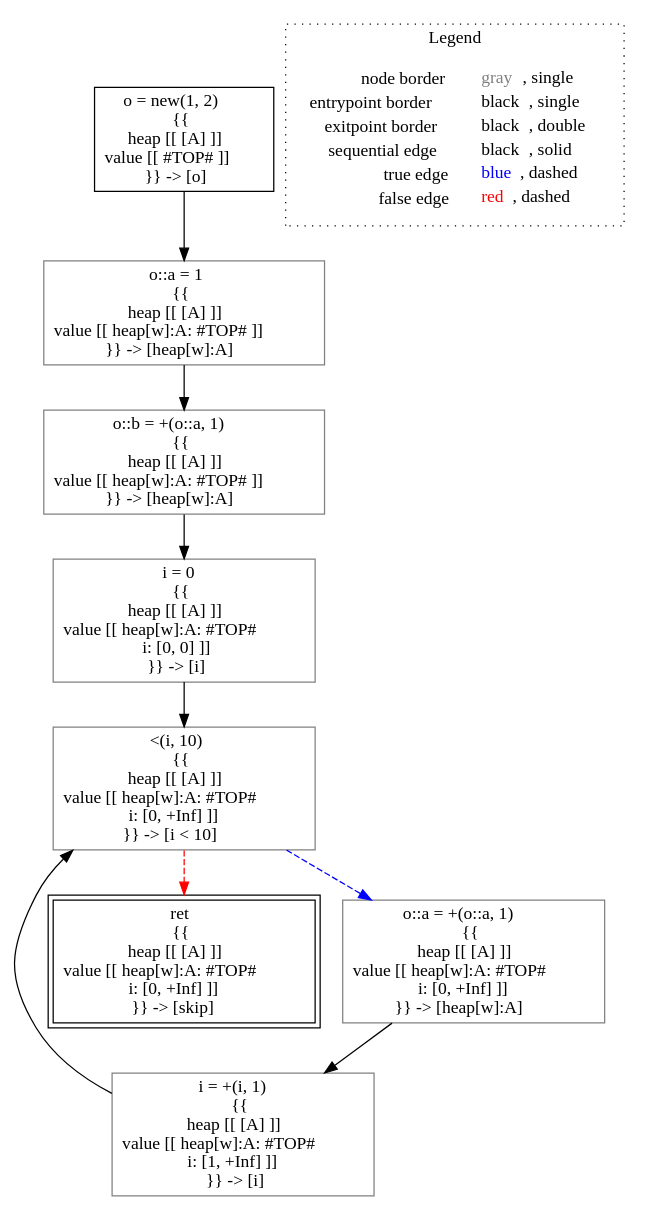
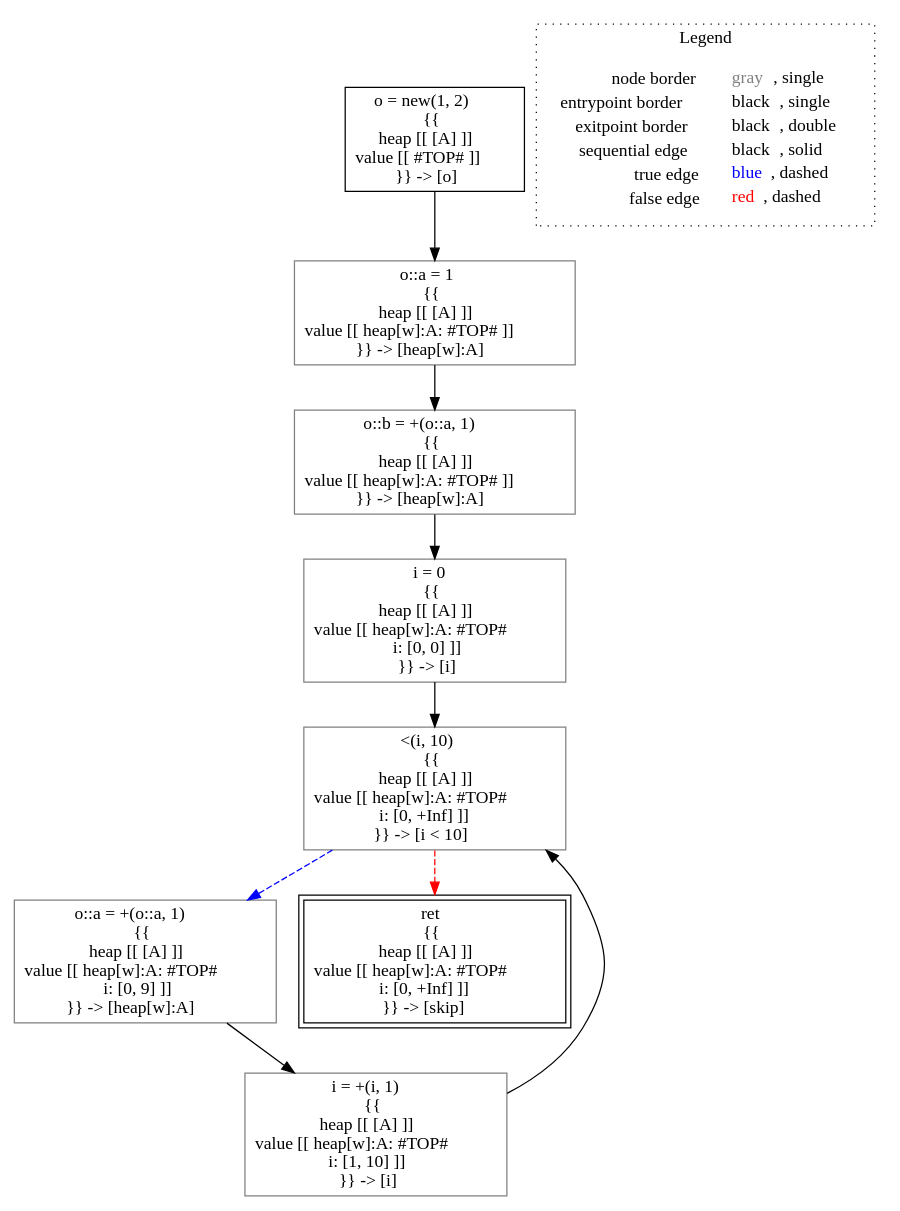
One commit to lisa-analyzer/lisa changed the diagram in lisa/imp-testcases/heap/type-based-heap/analysis___untyped_A.f2(A_this).dot. Above: the diagram before and after it, drawn with Graphviz. The commit also changed 5 other files, not shown here.

```diff
--- a/lisa/imp-testcases/heap/type-based-heap/analysis___untyped_A.f2(A_this).dot
+++ b/lisa/imp-testcases/heap/type-based-heap/analysis___untyped_A.f2(A_this).dot
@@ -1,25 +1,25 @@
 digraph {
 	"node0" [shape="rect",color="black",label=<o = new(1, 2)<BR/>{{<BR/>heap [[ [A] ]]<BR/>value [[ #TOP# ]]<BR/>}} -&gt; [o]>];
-	"node1" [shape="rect",color="gray",label=<i = +(i, 1)<BR/>{{<BR/>heap [[ [A] ]]<BR/>value [[ heap[w]:A: #TOP#<BR/>i: [1, +Inf] ]]<BR/>}} -&gt; [i]>];
+	"node1" [shape="rect",color="gray",label=<o::a = +(o::a, 1)<BR/>{{<BR/>heap [[ [A] ]]<BR/>value [[ heap[w]:A: #TOP#<BR/>i: [0, 9] ]]<BR/>}} -&gt; [heap[w]:A]>];
 	"node2" [shape="rect",color="gray",label=<o::a = 1<BR/>{{<BR/>heap [[ [A] ]]<BR/>value [[ heap[w]:A: #TOP# ]]<BR/>}} -&gt; [heap[w]:A]>];
-	"node3" [shape="rect",color="gray",label=<o::b = +(o::a, 1)<BR/>{{<BR/>heap [[ [A] ]]<BR/>value [[ heap[w]:A: #TOP# ]]<BR/>}} -&gt; [heap[w]:A]>];
-	"node4" [shape="rect",color="gray",label=<i = 0<BR/>{{<BR/>heap [[ [A] ]]<BR/>value [[ heap[w]:A: #TOP#<BR/>i: [0, 0] ]]<BR/>}} -&gt; [i]>];
-	"node5" [shape="rect",color="black",peripheries="2",label=<ret<BR/>{{<BR/>heap [[ [A] ]]<BR/>value [[ heap[w]:A: #TOP#<BR/>i: [0, +Inf] ]]<BR/>}} -&gt; [skip]>];
-	"node6" [shape="rect",color="gray",label=<&lt;(i, 10)<BR/>{{<BR/>heap [[ [A] ]]<BR/>value [[ heap[w]:A: #TOP#<BR/>i: [0, +Inf] ]]<BR/>}} -&gt; [i &lt; 10]>];
-	"node7" [shape="rect",color="gray",label=<o::a = +(o::a, 1)<BR/>{{<BR/>heap [[ [A] ]]<BR/>value [[ heap[w]:A: #TOP#<BR/>i: [0, +Inf] ]]<BR/>}} -&gt; [heap[w]:A]>];
-	"node1" -> "node6" [color="black"];
-	"node2" -> "node3" [color="black"];
-	"node3" -> "node4" [color="black"];
-	"node4" -> "node6" [color="black"];
+	"node3" [shape="rect",color="gray",label=<&lt;(i, 10)<BR/>{{<BR/>heap [[ [A] ]]<BR/>value [[ heap[w]:A: #TOP#<BR/>i: [0, +Inf] ]]<BR/>}} -&gt; [i &lt; 10]>];
+	"node4" [shape="rect",color="black",peripheries="2",label=<ret<BR/>{{<BR/>heap [[ [A] ]]<BR/>value [[ heap[w]:A: #TOP#<BR/>i: [0, +Inf] ]]<BR/>}} -&gt; [skip]>];
+	"node5" [shape="rect",color="gray",label=<o::b = +(o::a, 1)<BR/>{{<BR/>heap [[ [A] ]]<BR/>value [[ heap[w]:A: #TOP# ]]<BR/>}} -&gt; [heap[w]:A]>];
+	"node6" [shape="rect",color="gray",label=<i = 0<BR/>{{<BR/>heap [[ [A] ]]<BR/>value [[ heap[w]:A: #TOP#<BR/>i: [0, 0] ]]<BR/>}} -&gt; [i]>];
+	"node7" [shape="rect",color="gray",label=<i = +(i, 1)<BR/>{{<BR/>heap [[ [A] ]]<BR/>value [[ heap[w]:A: #TOP#<BR/>i: [1, 10] ]]<BR/>}} -&gt; [i]>];
+	"node1" -> "node7" [color="black"];
+	"node2" -> "node5" [color="black"];
+	"node3" -> "node1" [color="blue",style="dashed"];
+	"node3" -> "node4" [color="red",style="dashed"];
 	"node0" -> "node2" [color="black"];
-	"node6" -> "node5" [color="red",style="dashed"];
-	"node6" -> "node7" [color="blue",style="dashed"];
-	"node7" -> "node1" [color="black"];
+	"node5" -> "node6" [color="black"];
+	"node6" -> "node3" [color="black"];
+	"node7" -> "node3" [color="black"];
 subgraph cluster_legend {
 	label="Legend";
 	style=dotted;
 	node [shape=plaintext];
 	"legend" [label=<<table border="0" cellpadding="2" cellspacing="0" cellborder="0"><tr><td align="right">node border&nbsp;</td><td align="left"><font color="gray">gray</font>, single</td></tr><tr><td align="right">entrypoint border&nbsp;</td><td align="left"><font color="black">black</font>, single</td></tr><tr><td align="right">exitpoint border&nbsp;</td><td align="left"><font color="black">black</font>, double</td></tr><tr><td align="right">sequential edge&nbsp;</td><td align="left"><font color="black">black</font>, solid</td></tr><tr><td align="right">true edge&nbsp;</td><td align="left"><font color="blue">blue</font>, dashed</td></tr><tr><td align="right">false edge&nbsp;</td><td align="left"><font color="red">red</font>, dashed</td></tr></table>>];
 }
 
 }
```
